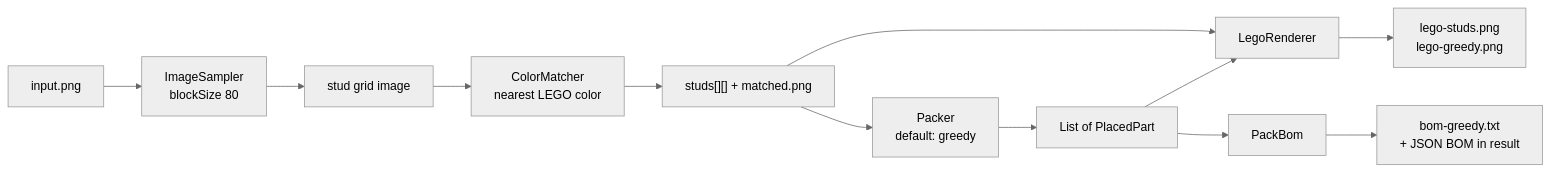
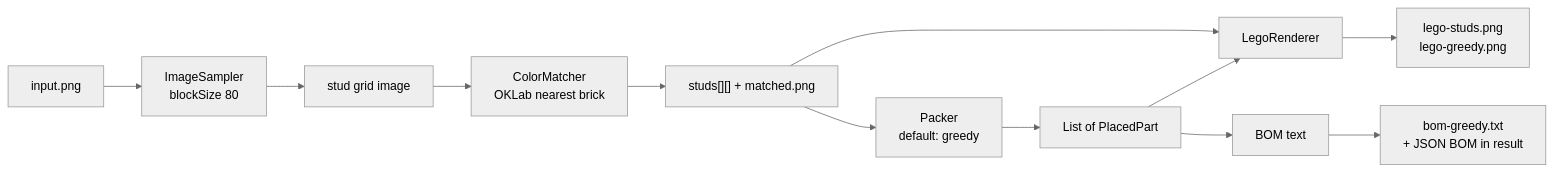
One commit to WesJennings/LegoPictureGenerator changed the fifth of 6 diagrams in ARCHITECTURE.md. Above: the diagram before and after it, drawn with Mermaid (neutral theme). The commit also changed other lines of this file and 51 other files, not shown here.

````diff
--- a/ARCHITECTURE.md
+++ b/ARCHITECTURE.md
@@ -192,14 +214,14 @@
 ```mermaid
 flowchart LR
   In["input.png"] --> Sample["ImageSampler<br/>blockSize 80"]
   Sample --> Grid["stud grid image"]
-  Grid --> Match["ColorMatcher<br/>nearest LEGO color"]
+  Grid --> Match["ColorMatcher<br/>OKLab nearest brick"]
   Match --> Studs["studs[][] + matched.png"]
   Studs --> Pack["Packer<br/>default: greedy"]
   Pack --> Placed["List of PlacedPart"]
   Studs --> Render["LegoRenderer"]
   Placed --> Render
   Render --> Out["lego-studs.png<br/>lego-greedy.png"]
-  Placed --> Bom["PackBom"]
+  Placed --> Bom["BOM text"]
   Bom --> List["bom-greedy.txt<br/>+ JSON BOM in result"]
 ```
````
